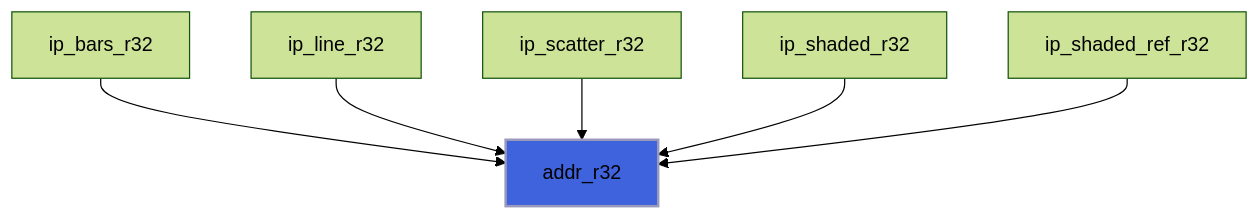
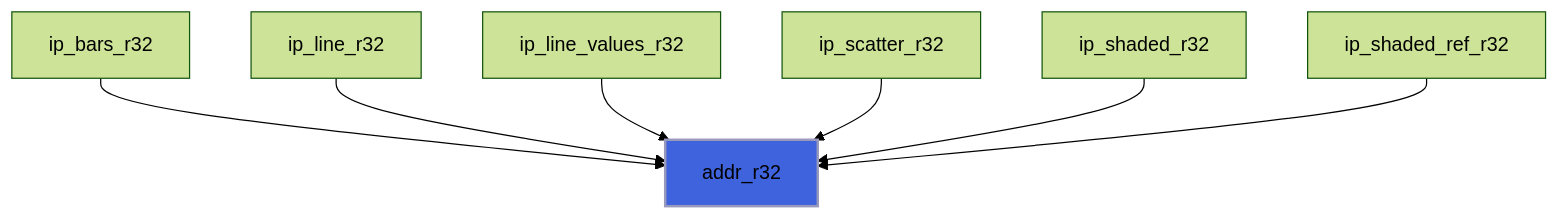
Before and after one commit to szaghi/figure: diagram 23 of 27 in docs/api/src/lib/figure_implot.md, drawn with Mermaid (forest theme). The commit also changed other lines of this file and 21 other files, not shown here.

````diff
--- a/docs/api/src/lib/figure_implot.md
+++ b/docs/api/src/lib/figure_implot.md
@@ -590,9 +793,10 @@
 ```mermaid
 flowchart TD
   ip_bars_r32["ip_bars_r32"] --> addr_r32["addr_r32"]
   ip_line_r32["ip_line_r32"] --> addr_r32["addr_r32"]
+  ip_line_values_r32["ip_line_values_r32"] --> addr_r32["addr_r32"]
   ip_scatter_r32["ip_scatter_r32"] --> addr_r32["addr_r32"]
   ip_shaded_r32["ip_shaded_r32"] --> addr_r32["addr_r32"]
   ip_shaded_ref_r32["ip_shaded_ref_r32"] --> addr_r32["addr_r32"]
   style addr_r32 fill:#3e63dd,stroke:#99b,stroke-width:2px
 ```
````
